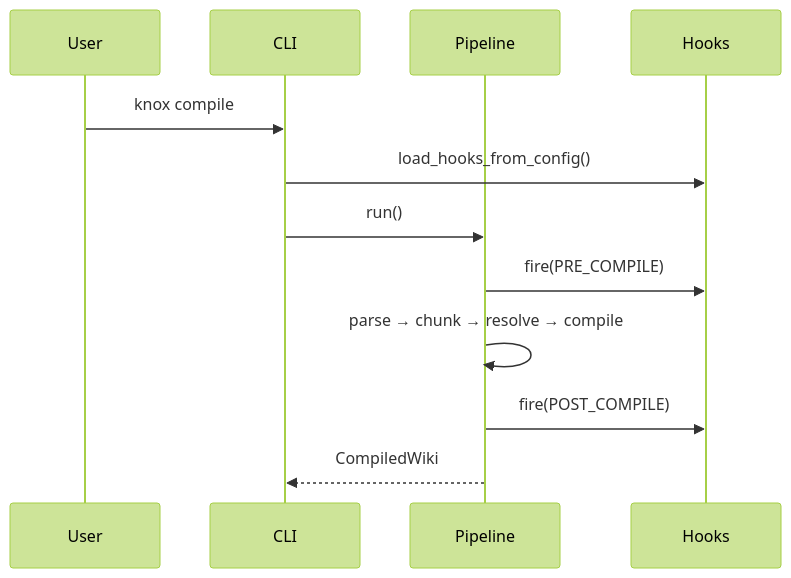
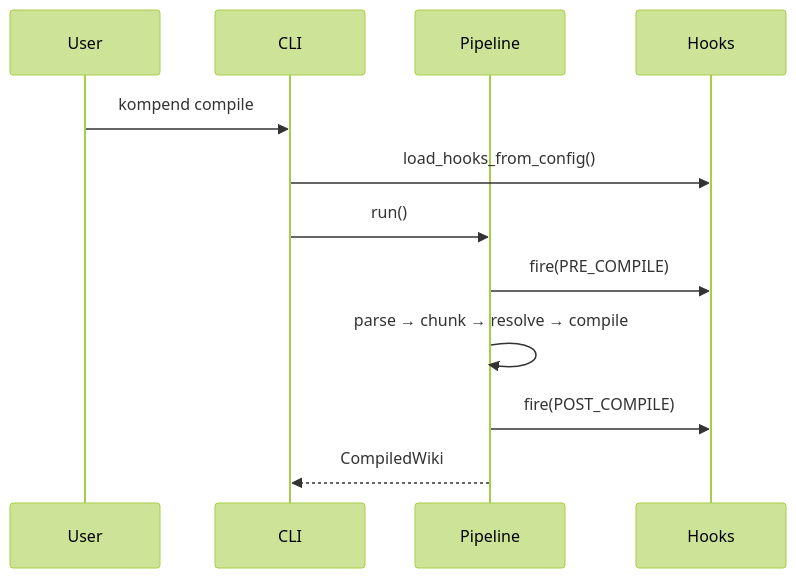
One commit to jr2804/kompend changed the third of 3 diagrams in docs/guides/compilation.md. Above: the diagram before and after it, drawn with Mermaid (forest theme). The commit also changed other lines of this file and 943 other files, not shown here.

First line of the commit message:
refactor: rename knox to kompend

````diff
--- a/docs/guides/compilation.md
+++ b/docs/guides/compilation.md
@@ -176,15 +176,15 @@
 ```mermaid
 sequenceDiagram
     participant U as User
     participant CLI
     participant Pipeline
     participant H as Hooks
 
-    U->>CLI: knox compile
+    U->>CLI: kompend compile
     CLI->>H: load_hooks_from_config()
     CLI->>Pipeline: run()
     Pipeline->>H: fire(PRE_COMPILE)
     Pipeline->>Pipeline: parse → chunk → resolve → compile
     Pipeline->>H: fire(POST_COMPILE)
     Pipeline-->>CLI: CompiledWiki
 ```
````
